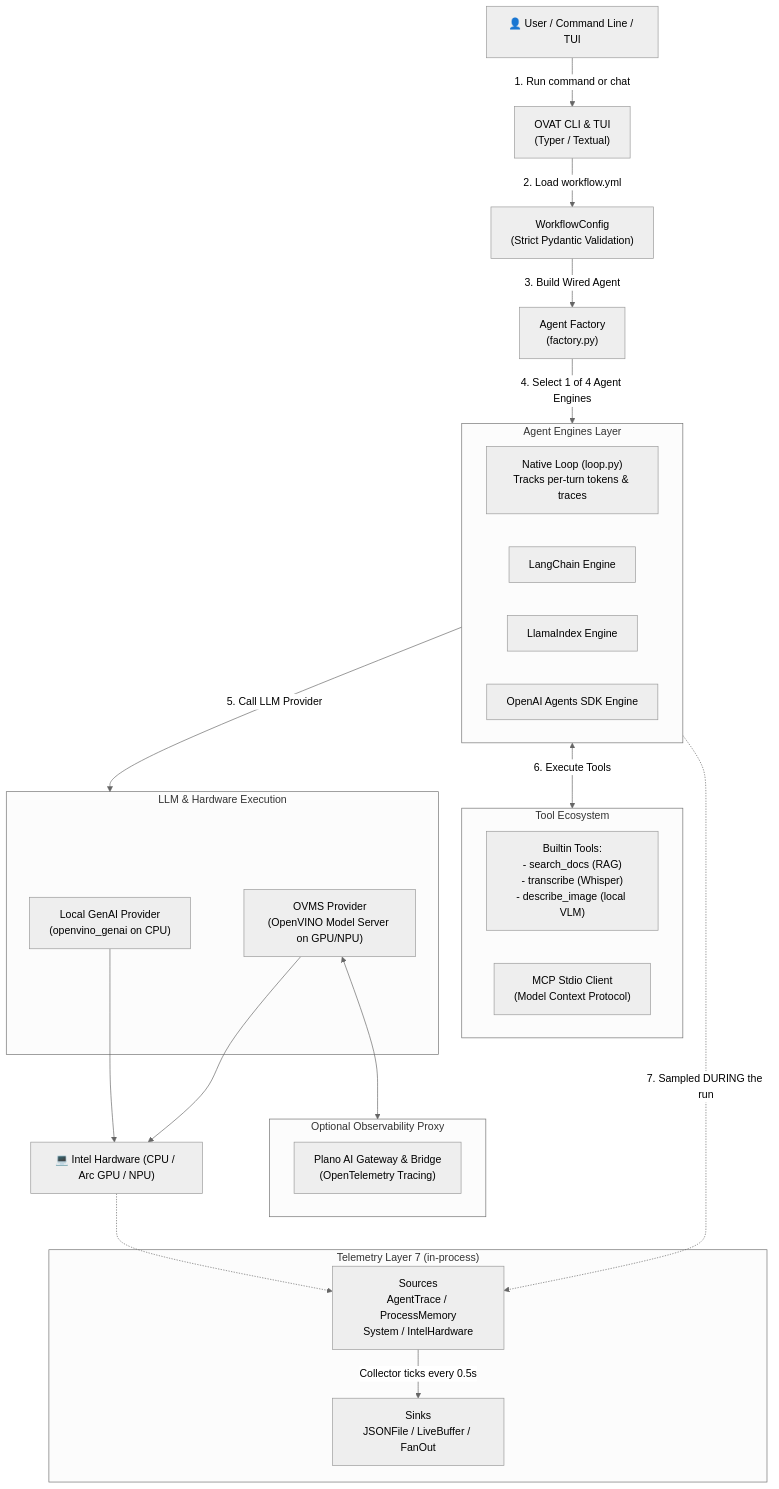
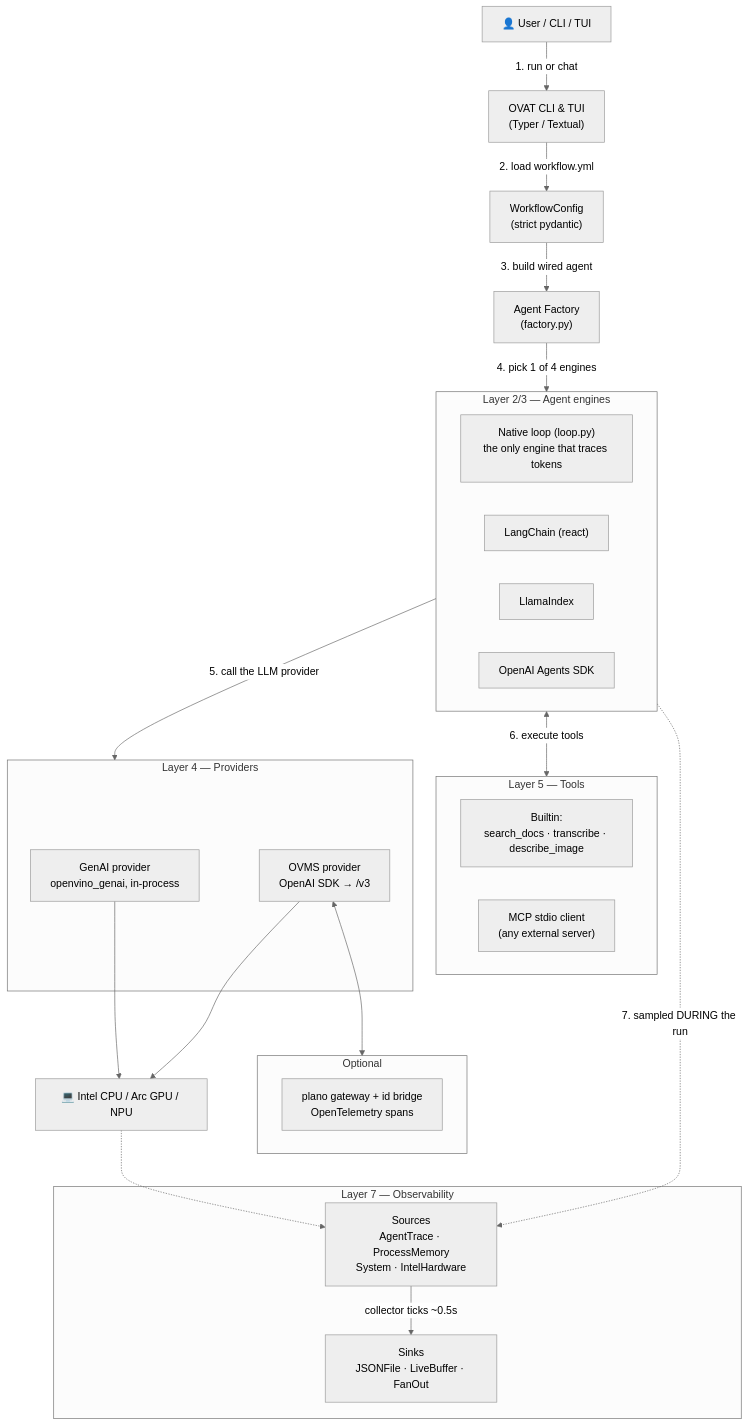
Before and after one commit to Lagmator22/ovat: the first of 10 diagrams in docs/ARCHITECTURE.md, drawn with Mermaid (neutral theme). The commit also changed other lines of this file and 3 other files, not shown here.

````diff
--- a/docs/ARCHITECTURE.md
+++ b/docs/ARCHITECTURE.md
@@ -27,47 +65,44 @@
 ```mermaid
 flowchart TD
-    User["👤 User / Command Line / TUI"] -->|"1. Run command or chat"| CLI["OVAT CLI & TUI<br/>(Typer / Textual)"]
-    
-    CLI -->|"2. Load workflow.yml"| Config["WorkflowConfig<br/>(Strict Pydantic Validation)"]
-    
-    Config -->|"3. Build Wired Agent"| Factory["Agent Factory<br/>(factory.py)"]
-    
-    Factory -->|"4. Select 1 of 4 Agent Engines"| Engines
-    
-    subgraph Engines ["Agent Engines Layer"]
-        Native["Native Loop (loop.py)<br/>Tracks per-turn tokens & traces"]
-        LangChain["LangChain Engine"]
-        LlamaIndex["LlamaIndex Engine"]
-        OpenAIAgents["OpenAI Agents SDK Engine"]
+    User["👤 User / CLI / TUI"] -->|"1. run or chat"| CLI["OVAT CLI & TUI<br/>(Typer / Textual)"]
+    CLI -->|"2. load workflow.yml"| Config["WorkflowConfig<br/>(strict pydantic)"]
+    Config -->|"3. build wired agent"| Factory["Agent Factory<br/>(factory.py)"]
+    Factory -->|"4. pick 1 of 4 engines"| Engines
+
+    subgraph Engines ["Layer 2/3 — Agent engines"]
+        Native["Native loop (loop.py)<br/>the only engine that traces tokens"]
+        LangChain["LangChain (react)"]
+        LlamaIndex["LlamaIndex"]
+        OpenAIAgents["OpenAI Agents SDK"]
     end
-    
-    Engines -->|"5. Call LLM Provider"| Providers
-    Engines <-->|"6. Execute Tools"| Tools
-    
-    subgraph Providers ["LLM & Hardware Execution"]
-        GenAI["Local GenAI Provider<br/>(openvino_genai on CPU)"]
-        OVMS["OVMS Provider<br/>(OpenVINO Model Server on GPU/NPU)"]
+
+    Engines -->|"5. call the LLM provider"| Providers
+    Engines <-->|"6. execute tools"| Tools
+
+    subgraph Providers ["Layer 4 — Providers"]
+        GenAI["GenAI provider<br/>openvino_genai, in-process"]
+        OVMS["OVMS provider<br/>OpenAI SDK → /v3"]
     end
-    
-    subgraph Gateway ["Optional Observability Proxy"]
-        Plano["Plano AI Gateway & Bridge<br/>(OpenTelemetry Tracing)"]
+
+    subgraph Tools ["Layer 5 — Tools"]
+        Builtin["Builtin:<br/>search_docs · transcribe · describe_image"]
+        MCP["MCP stdio client<br/>(any external server)"]
     end
-    
-    subgraph Tools ["Tool Ecosystem"]
-        Builtin["Builtin Tools:<br/>- search_docs (RAG)<br/>- transcribe (Whisper)<br/>- describe_image (local VLM)"]
-        MCP["MCP Stdio Client<br/>(Model Context Protocol)"]
+
+    subgraph Gateway ["Optional"]
+        Plano["plano gateway + id bridge<br/>OpenTelemetry spans"]
     end
-    
+
     OVMS <--> Gateway
-    GenAI --> Hardware["💻 Intel Hardware (CPU / Arc GPU / NPU)"]
+    GenAI --> Hardware["💻 Intel CPU / Arc GPU / NPU"]
     OVMS --> Hardware
 
-    subgraph Telemetry ["Telemetry Layer 7 (in-process)"]
-        Sources["Sources<br/>AgentTrace / ProcessMemory<br/>System / IntelHardware"]
-        Sinks["Sinks<br/>JSONFile / LiveBuffer / FanOut"]
-        Sources -->|"Collector ticks every 0.5s"| Sinks
+    subgraph Telemetry ["Layer 7 — Observability"]
+        Sources["Sources<br/>AgentTrace · ProcessMemory<br/>System · IntelHardware"]
+        Sinks["Sinks<br/>JSONFile · LiveBuffer · FanOut"]
+        Sources -->|"collector ticks ~0.5s"| Sinks
     end
 
-    Engines -.->|"7. Sampled DURING the run"| Sources
+    Engines -.->|"7. sampled DURING the run"| Sources
     Hardware -.-> Sources
 ```
````
